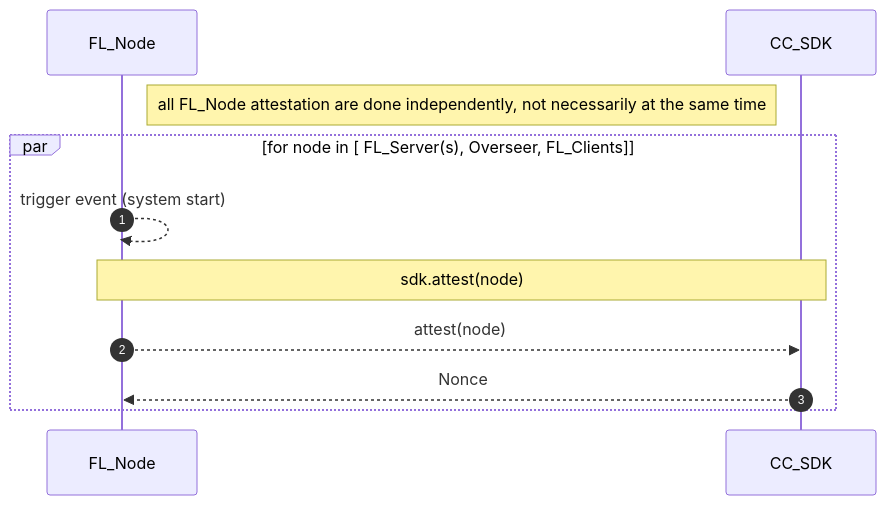
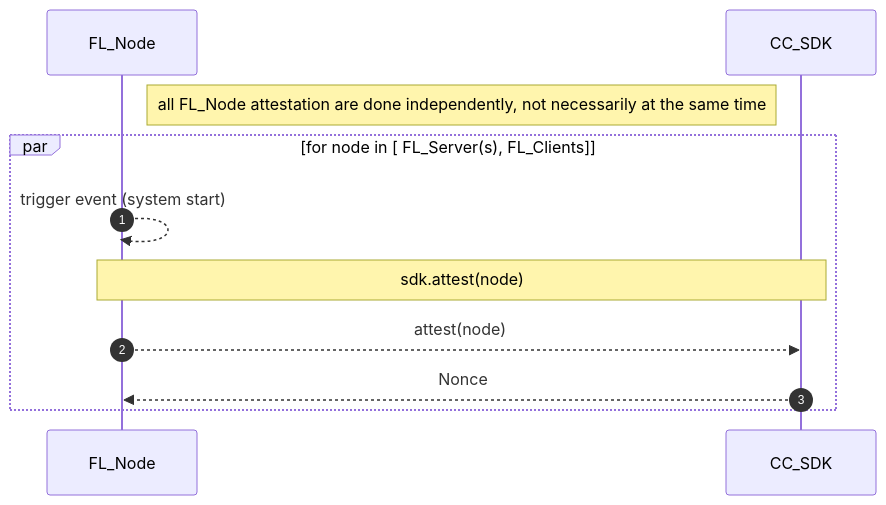
Before and after one commit to hitesh-ag1/NVFlare: the eighth of 13 diagrams in docs/confidential_computing/detailed_cc_sequence_diagram.md, drawn with Mermaid. The commit also changed other lines of this file, not shown here.

Commit message:
Sequence diagram for CC

````diff
--- a/docs/confidential_computing/detailed_cc_sequence_diagram.md
+++ b/docs/confidential_computing/detailed_cc_sequence_diagram.md
@@ -185,15 +193,15 @@
 ```mermaid
 sequenceDiagram
    autonumber
     participant FL_Node
     participant CC_SDK
 
     note right of FL_Node : all FL_Node attestation are done independently, not necessarily at the same time
-    par for node in [ FL_Server(s), Overseer, FL_Clients]
+    par for node in [ FL_Server(s), FL_Clients]
         FL_Node -->> FL_Node: trigger event (system start)
         note over FL_Node, CC_SDK: sdk.attest(node) 
         FL_Node -->> CC_SDK: attest(node)
         CC_SDK -->> FL_Node: Nonce
     end     
     
 ```
````
